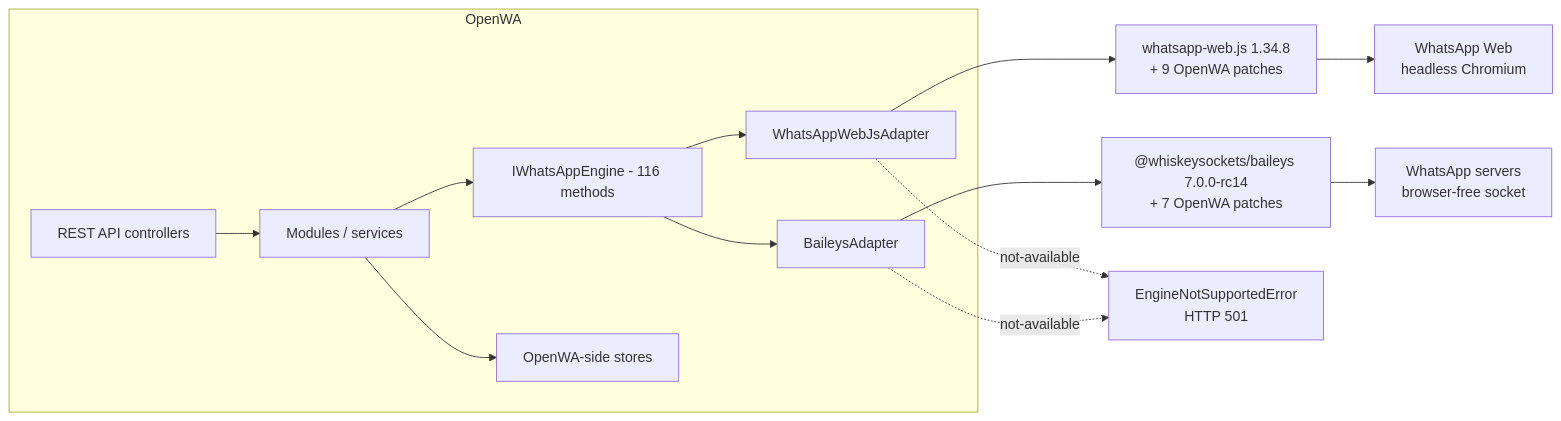
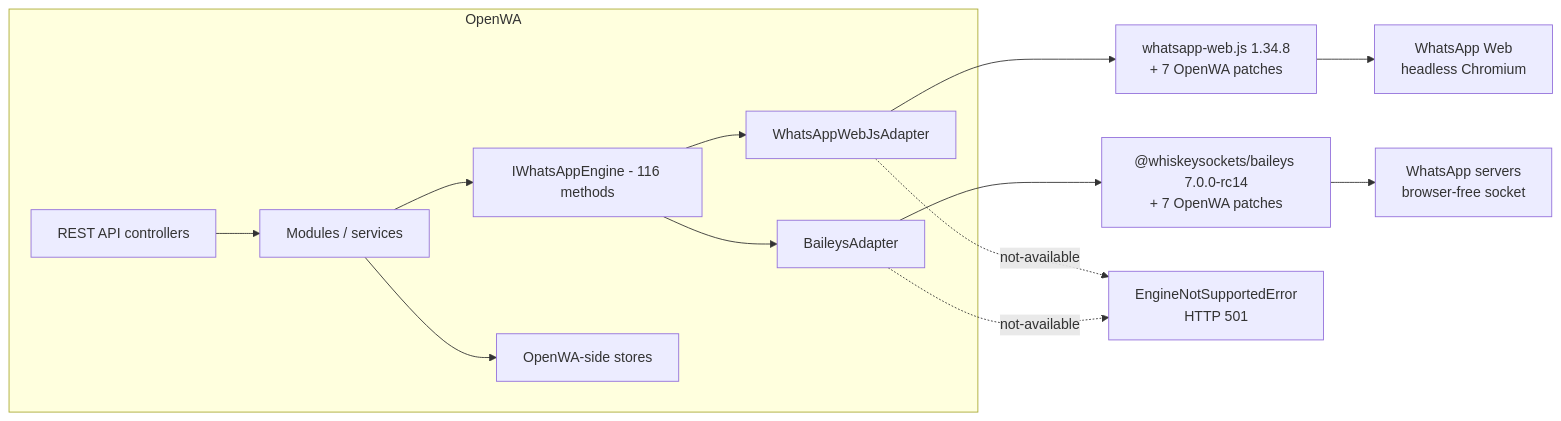
The first of 2 diagrams in docs/29-engine-capability-matrix.md (rmyndharis/OpenWA), drawn with Mermaid before and after one commit. The commit also changed other lines of this file and 26 other files, not shown here.

````diff
--- a/docs/29-engine-capability-matrix.md
+++ b/docs/29-engine-capability-matrix.md
@@ -47,16 +47,16 @@
 ```mermaid
 flowchart LR
     subgraph OpenWA["OpenWA"]
         API["REST API controllers"] --> SVC["Modules / services"]
         SVC --> IF["IWhatsAppEngine - 116 methods"]
         IF --> WA["WhatsAppWebJsAdapter"]
         IF --> BA["BaileysAdapter"]
         SVC --> STORE["OpenWA-side stores"]
     end
-    WA --> WLIB["whatsapp-web.js 1.34.8<br/>+ 9 OpenWA patches"]
+    WA --> WLIB["whatsapp-web.js 1.34.8<br/>+ 7 OpenWA patches"]
     BA --> BLIB["@whiskeysockets/baileys 7.0.0-rc14<br/>+ 7 OpenWA patches"]
     WLIB --> WEB["WhatsApp Web<br/>headless Chromium"]
     BLIB --> WAS["WhatsApp servers<br/>browser-free socket"]
     WA -.->|"not-available"| E["EngineNotSupportedError<br/>HTTP 501"]
     BA -.->|"not-available"| E
 ```
````
